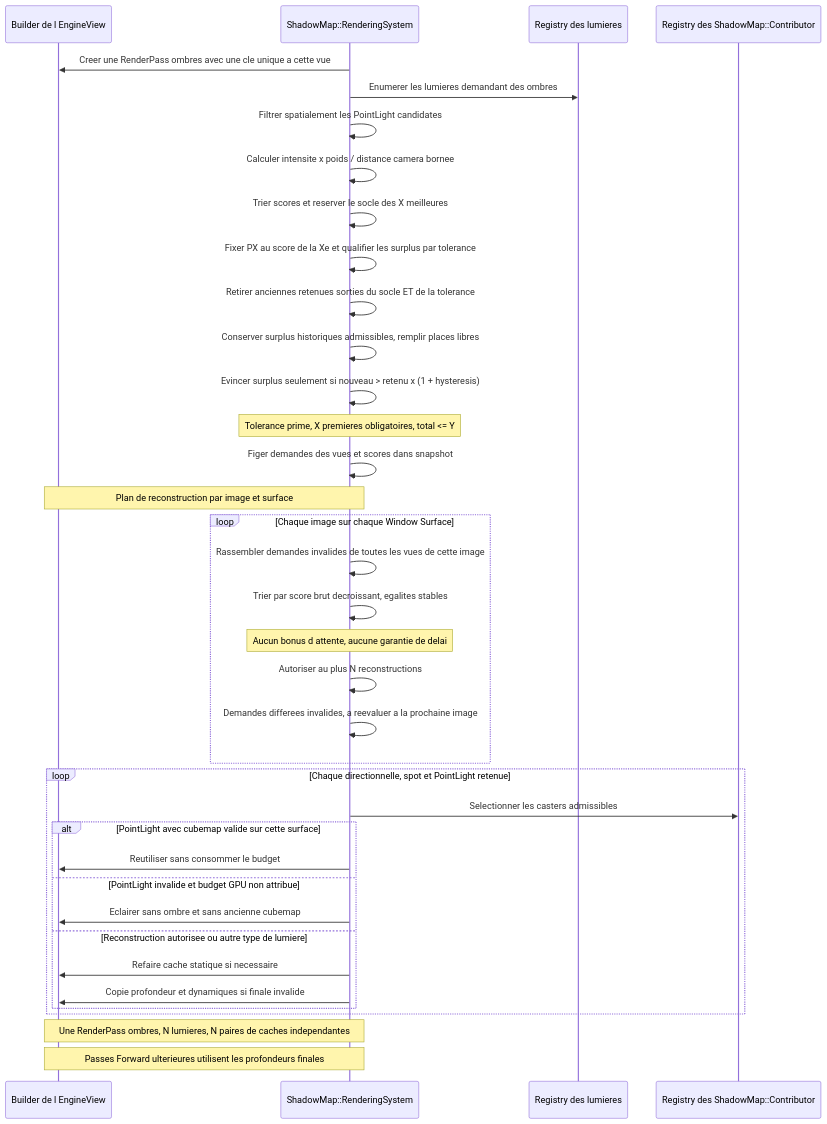
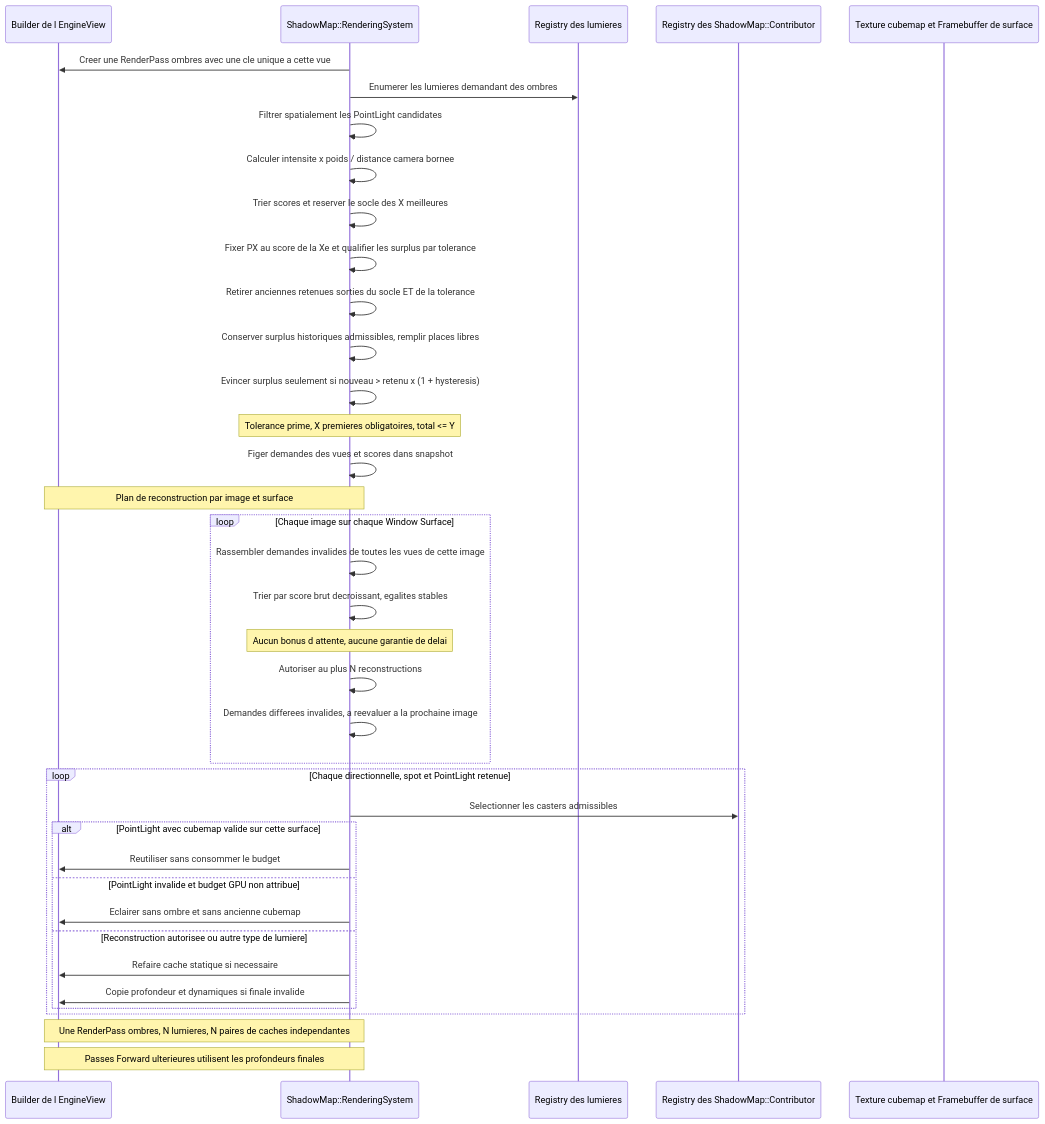
One commit to EreliaStudio/Sparkle changed diagram 11 of 20 in docs/voxel-engine-v0.1.4-specification.md. Above: the diagram before and after it, drawn with Mermaid. The commit also changed other lines of this file, not shown here.

Commit message:
docs(v0.1.4): reorganize implementation architecture and remove decision-history framing

````diff
--- a/docs/voxel-engine-v0.1.4-specification.md
+++ b/docs/voxel-engine-v0.1.4-specification.md
@@ -601,39 +993,40 @@
 ```mermaid
 sequenceDiagram
     participant V as Builder de l EngineView
     participant S as ShadowMap::RenderingSystem
     participant L as Registry des lumieres
     participant C as Registry des ShadowMap::Contributor
+    participant TEX as Texture cubemap et Framebuffer de surface
     S->>V: Creer une RenderPass ombres avec une cle unique a cette vue
     S->>L: Enumerer les lumieres demandant des ombres
     S->>S: Filtrer spatialement les PointLight candidates
     S->>S: Calculer intensite x poids / distance camera bornee
     S->>S: Trier scores et reserver le socle des X meilleures
     S->>S: Fixer PX au score de la Xe et qualifier les surplus par tolerance
     S->>S: Retirer anciennes retenues sorties du socle ET de la tolerance
     S->>S: Conserver surplus historiques admissibles, remplir places libres
     S->>S: Evincer surplus seulement si nouveau > retenu x (1 + hysteresis)
     Note over S: Tolerance prime, X premieres obligatoires, total <= Y
     S->>S: Figer demandes des vues et scores dans snapshot
     Note over S,V: Plan de reconstruction par image et surface
     loop Chaque image sur chaque Window Surface
         S->>S: Rassembler demandes invalides de toutes les vues de cette image
         S->>S: Trier par score brut decroissant, egalites stables
         Note over S: Aucun bonus d attente, aucune garantie de delai
         S->>S: Autoriser au plus N reconstructions
         S->>S: Demandes differees invalides, a reevaluer a la prochaine image
     end
     loop Chaque directionnelle, spot et PointLight retenue
         S->>C: Selectionner les casters admissibles
         alt PointLight avec cubemap valide sur cette surface
             S->>V: Reutiliser sans consommer le budget
         else PointLight invalide et budget GPU non attribue
             S->>V: Eclairer sans ombre et sans ancienne cubemap
         else Reconstruction autorisee ou autre type de lumiere
             S->>V: Refaire cache statique si necessaire
             S->>V: Copie profondeur et dynamiques si finale invalide
         end
     end
     Note over V,S: Une RenderPass ombres, N lumieres, N paires de caches independantes
     Note over V,S: Passes Forward ulterieures utilisent les profondeurs finales
 ```
````
